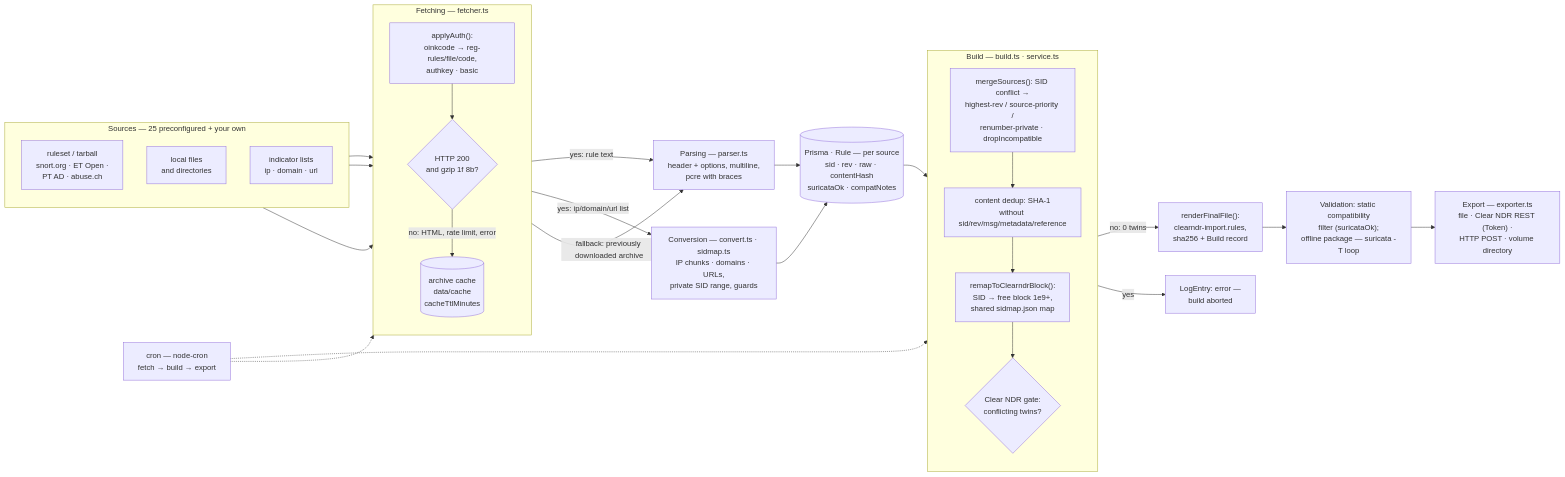
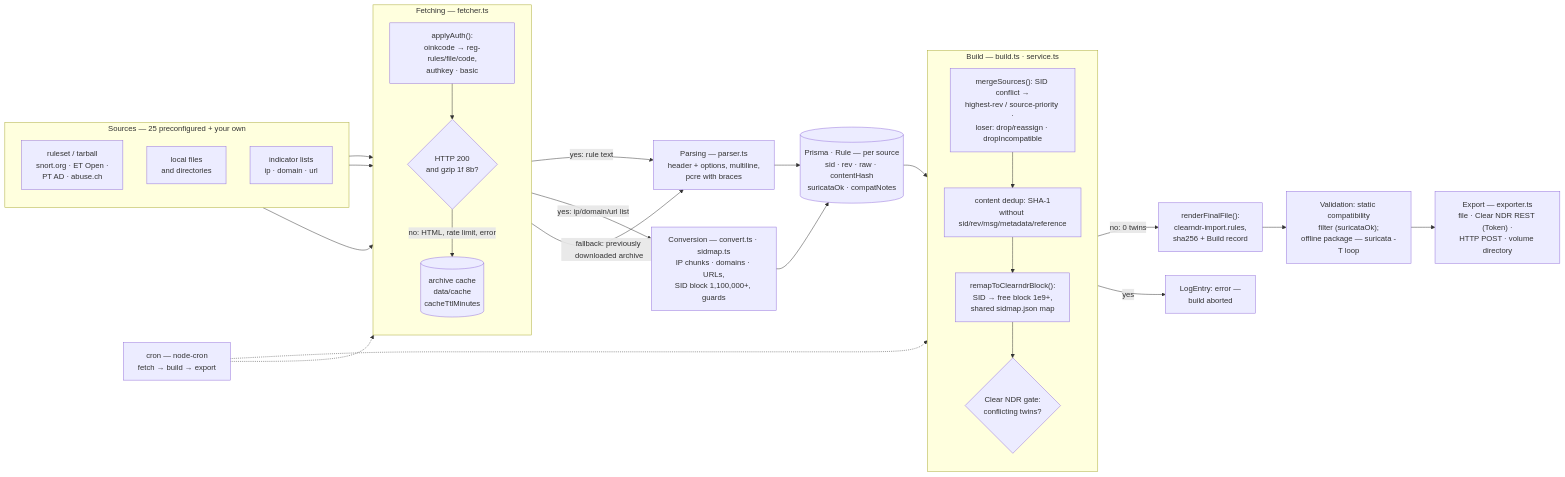
The second of 9 diagrams in architecture.en.md (NoIDXMV6/ndr-rules-hub), drawn with Mermaid before and after one commit. The commit also changed other lines of this file and 14 other files, not shown here.

````diff
--- a/architecture.en.md
+++ b/architecture.en.md
@@ -125,56 +125,56 @@
 ```mermaid
 flowchart LR
     subgraph SRC["Sources — 25 preconfigured + your own"]
         direction TB
         SRC1["ruleset / tarball<br/>snort.org · ET Open ·<br/>PT AD · abuse.ch"]
         SRC2["local files<br/>and directories"]
         SRC3["indicator lists<br/>ip · domain · url"]
     end
 
     subgraph FETCH["Fetching — fetcher.ts"]
         direction TB
         AUTH["applyAuth():<br/>oinkcode → reg-rules/file/code,<br/>authkey · basic"]
         CHECK{"HTTP 200<br/>and gzip 1f 8b?"}
         CACHE[("archive cache<br/>data/cache<br/>cacheTtlMinutes")]
     end
 
     PARSE["Parsing — parser.ts<br/>header + options, multiline,<br/>pcre with braces"]
-    CONV["Conversion — convert.ts · sidmap.ts<br/>IP chunks · domains · URLs,<br/>private SID range, guards"]
+    CONV["Conversion — convert.ts · sidmap.ts<br/>IP chunks · domains · URLs,<br/>SID block 1,100,000+, guards"]
 
     RULES[("Prisma · Rule — per source<br/>sid · rev · raw · contentHash<br/>suricataOk · compatNotes")]
 
     subgraph BUILD["Build — build.ts · service.ts"]
         direction TB
-        MERGE["mergeSources(): SID conflict →<br/>highest-rev / source-priority /<br/>renumber-private · dropIncompatible"]
+        MERGE["mergeSources(): SID conflict →<br/>highest-rev / source-priority ·<br/>loser: drop/reassign · dropIncompatible"]
         CONTENT["content dedup: SHA-1<br/>without sid/rev/msg/metadata/reference"]
         REMAP["remapToClearndrBlock():<br/>SID → free block 1e9+,<br/>shared sidmap.json map"]
         GATE{"Clear NDR gate:<br/>conflicting twins?"}
     end
 
     FINAL["renderFinalFile():<br/>clearndr-import.rules,<br/>sha256 + Build record"]
     VALID["Validation: static compatibility<br/>filter (suricataOk);<br/>offline package — suricata -T loop"]
     EXPORT["Export — exporter.ts<br/>file · Clear NDR REST (Token) ·<br/>HTTP POST · volume directory"]
     CRON["cron — node-cron<br/>fetch → build → export"]
     LOG["LogEntry: error —<br/>build aborted"]
 
     SRC1 --> AUTH
     SRC2 --> AUTH
     SRC3 --> AUTH
     AUTH --> CHECK
     CHECK -- "yes: rule text" --> PARSE
     CHECK -- "yes: ip/domain/url list" --> CONV
     CHECK -- "no: HTML, rate limit, error" --> CACHE
     CACHE -- "fallback: previously downloaded archive" --> PARSE
     PARSE --> RULES
     CONV --> RULES
     RULES --> MERGE
     MERGE --> CONTENT
     CONTENT --> REMAP
     REMAP --> GATE
     GATE -- "no: 0 twins" --> FINAL
     GATE -- "yes" --> LOG
     FINAL --> VALID
     VALID --> EXPORT
     CRON -.-> FETCH
     CRON -.-> BUILD
 ```
````
